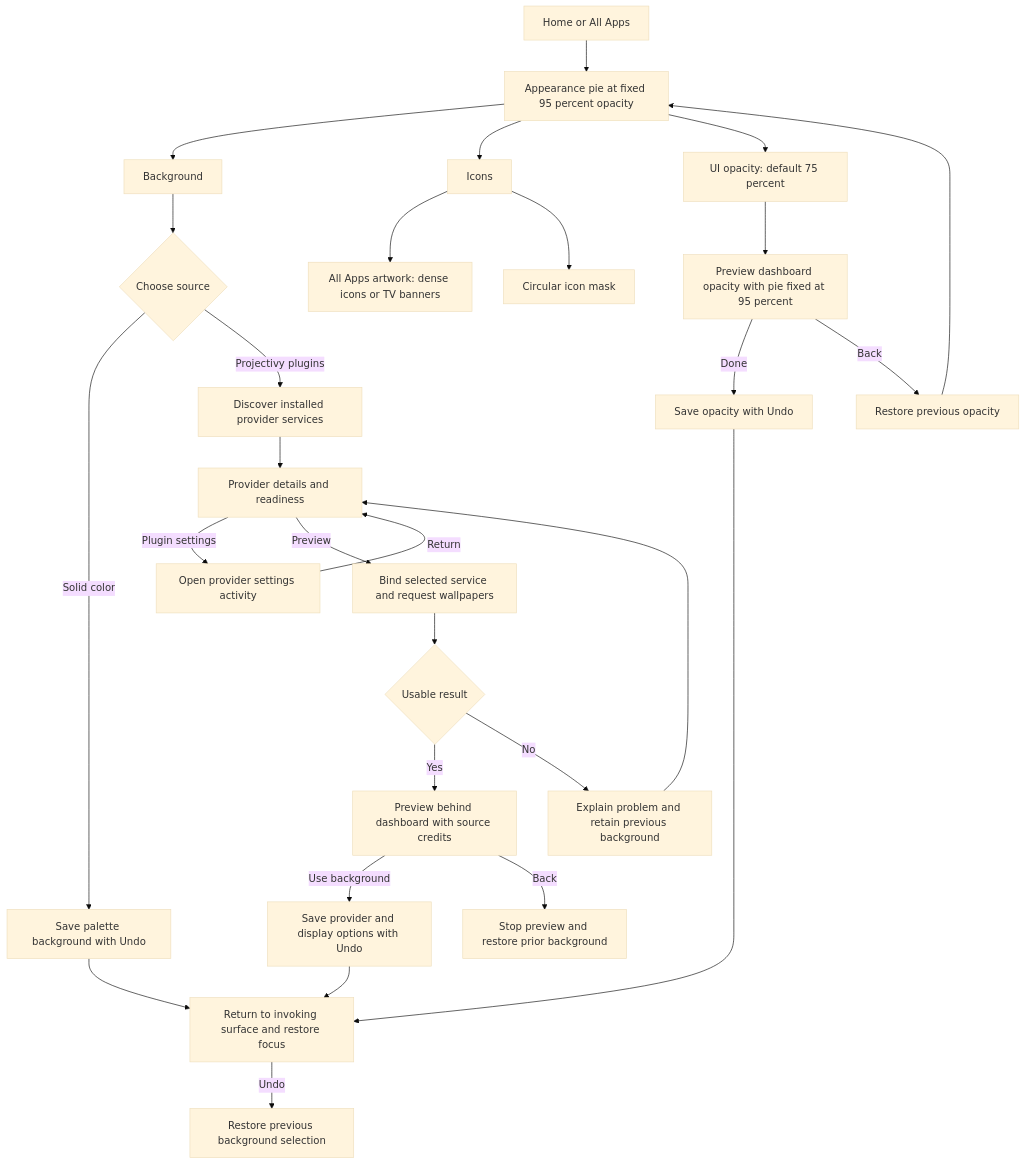
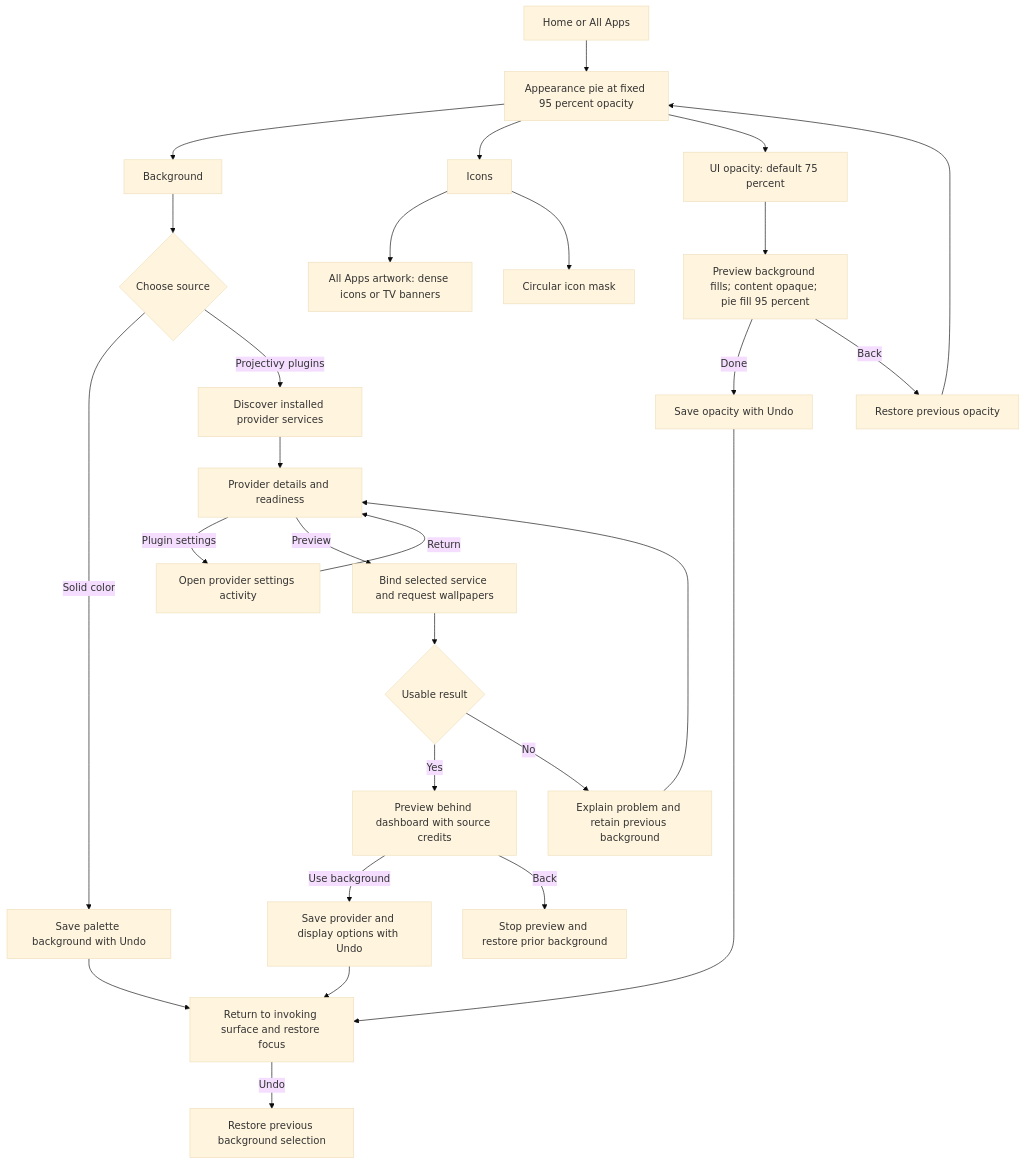
Before and after one commit to wbniv/homeboard-tv: the second of 2 diagrams in docs/plans/2026-11-16-projectivy-plugin-host.md, drawn with Mermaid (base theme). The commit also changed other lines of this file and 14 other files, not shown here.

````diff
--- a/docs/plans/2026-11-16-projectivy-plugin-host.md
+++ b/docs/plans/2026-11-16-projectivy-plugin-host.md
@@ -138,30 +138,30 @@
 ```mermaid
 flowchart TD
     A[Home or All Apps] --> AP[Appearance pie at fixed 95 percent opacity]
     AP --> B[Background]
     AP --> IC[Icons]
     IC --> IA[All Apps artwork: dense icons or TV banners]
     IC --> IS[Circular icon mask]
     AP --> U[UI opacity: default 75 percent]
-    U --> V[Preview dashboard opacity with pie fixed at 95 percent]
+    U --> V[Preview background fills; content opaque; pie fill 95 percent]
     V -->|Done| W[Save opacity with Undo]
     V -->|Back| X[Restore previous opacity]
     W --> N
     X --> AP
     B --> C{Choose source}
     C -->|Solid color| D[Save palette background with Undo]
     C -->|Projectivy plugins| E[Discover installed provider services]
     E --> F[Provider details and readiness]
     F -->|Plugin settings| G[Open provider settings activity]
     G -->|Return| F
     F -->|Preview| H[Bind selected service and request wallpapers]
     H --> I{Usable result}
     I -->|Yes| J[Preview behind dashboard with source credits]
     I -->|No| K[Explain problem and retain previous background]
     K --> F
     J -->|Use background| L[Save provider and display options with Undo]
     J -->|Back| M[Stop preview and restore prior background]
     L --> N[Return to invoking surface and restore focus]
     D --> N
     N -->|Undo| O[Restore previous background selection]
 ```
````
